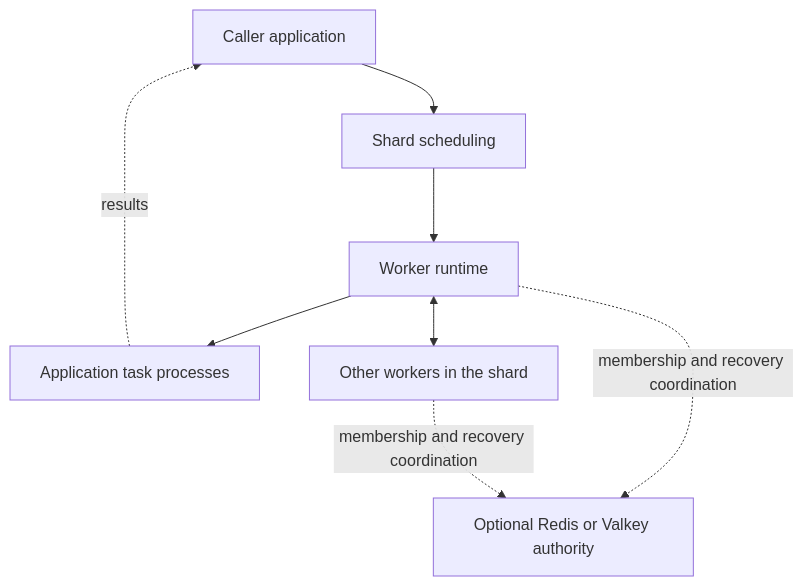
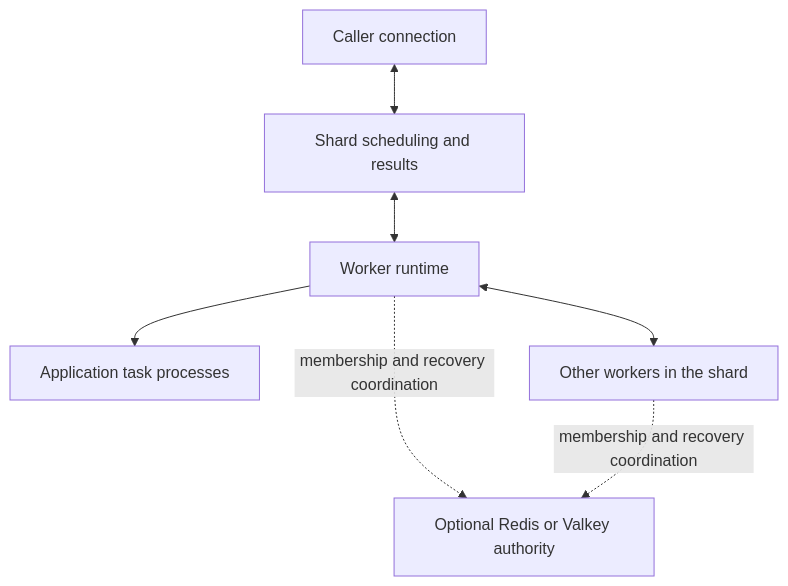
The second of 2 diagrams in README.md (ztipnis/kabudachi), drawn with Mermaid before and after one commit. The commit also changed other lines of this file and 7 other files, not shown here.

````diff
--- a/README.md
+++ b/README.md
@@ -73,10 +106,9 @@
 ```mermaid
 flowchart TB
-    Caller[Caller application] --> Shard[Shard scheduling]
-    Shard --> Runtime[Worker runtime]
+    Caller[Caller connection] <--> Shard[Shard scheduling and results]
+    Shard <--> Runtime[Worker runtime]
     Runtime --> Bodies[Application task processes]
-    Bodies -. results .-> Caller
     Runtime <--> Peers[Other workers in the shard]
     Runtime -. membership and recovery coordination .-> Authority[Optional Redis or Valkey authority]
     Peers -. membership and recovery coordination .-> Authority
 ```
````
